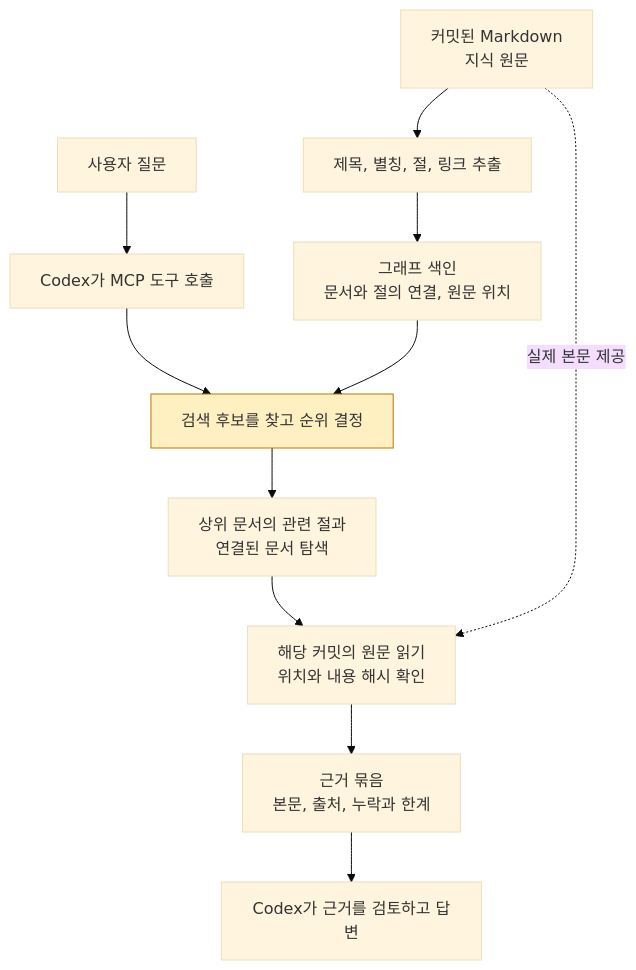
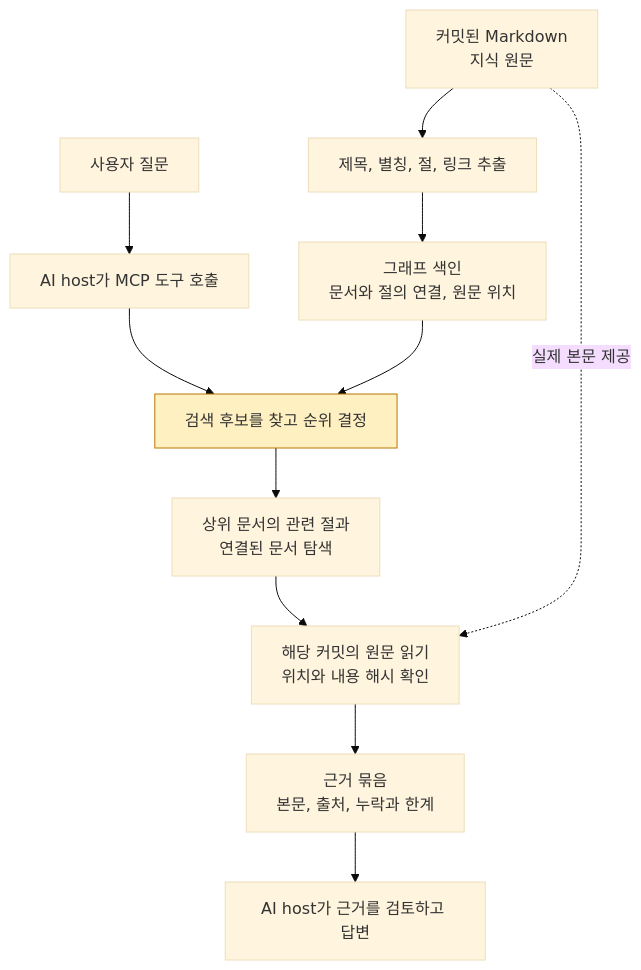
The first of 3 diagrams in ontology/guides/Ontology-Retrieval-Flow.md (dc-choi/interview), drawn with Mermaid (base theme) before and after one commit. The commit also changed other lines of this file and 1 other file, not shown here.

````diff
--- a/ontology/guides/Ontology-Retrieval-Flow.md
+++ b/ontology/guides/Ontology-Retrieval-Flow.md
@@ -16,14 +16,14 @@
 ```mermaid
 flowchart TD
     A["커밋된 Markdown<br/>지식 원문"] --> B["제목, 별칭, 절, 링크 추출"]
     B --> C["그래프 색인<br/>문서와 절의 연결, 원문 위치"]
-    Q["사용자 질문"] --> H["Codex가 MCP 도구 호출"]
+    Q["사용자 질문"] --> H["AI host가 MCP 도구 호출"]
     H --> D["검색 후보를 찾고 순위 결정"]
     C --> D
     D --> E["상위 문서의 관련 절과<br/>연결된 문서 탐색"]
     E --> F["해당 커밋의 원문 읽기<br/>위치와 내용 해시 확인"]
     A -.->|"실제 본문 제공"| F
     F --> G["근거 묶음<br/>본문, 출처, 누락과 한계"]
-    G --> I["Codex가 근거를 검토하고 답변"]
+    G --> I["AI host가 근거를 검토하고 답변"]
     style D fill:#fff0c2,stroke:#b77900
 ```
````
